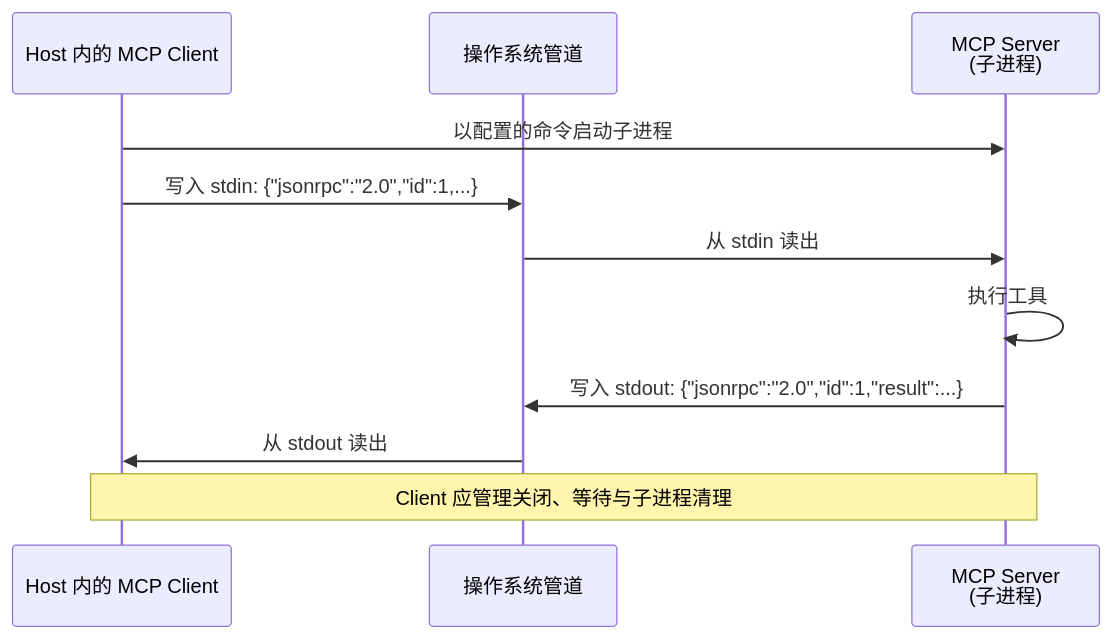
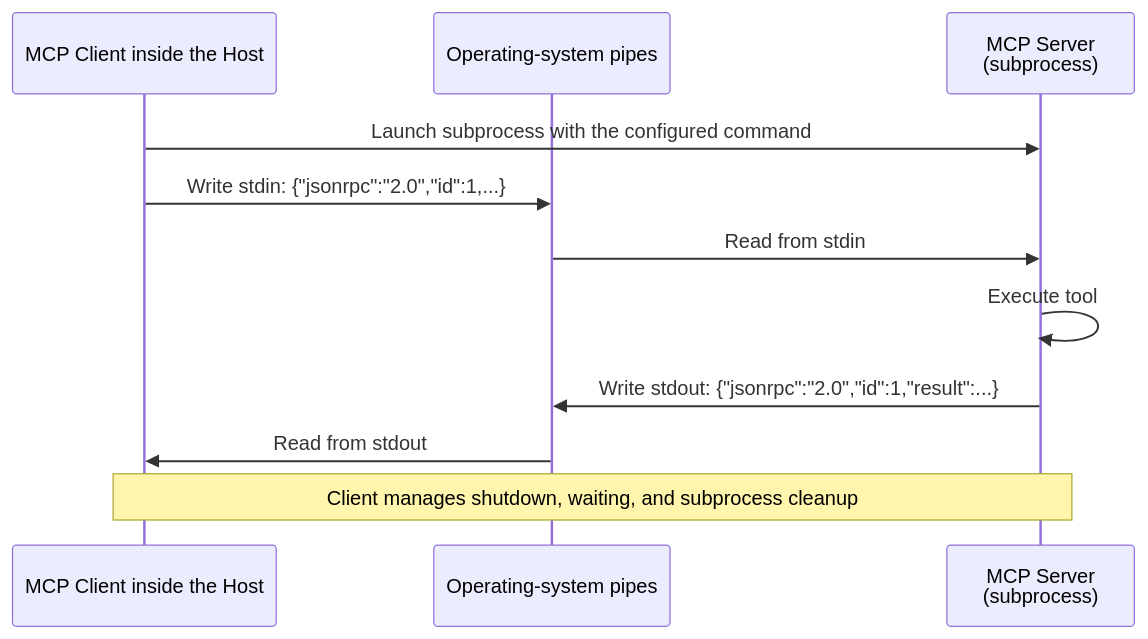
Before and after one commit to oneleaveknowsthefall/awesome-ai-roadmap: the second of 4 diagrams in docs/tools/02-mcp/12-mcp-transport.md, drawn with Mermaid. The commit also changed other lines of this file and 42 other files, not shown here.

````diff
--- a/docs/tools/02-mcp/12-mcp-transport.md
+++ b/docs/tools/02-mcp/12-mcp-transport.md
@@ -87,14 +87,14 @@
 ```mermaid
 sequenceDiagram
-    participant C as Host 内的 MCP Client
-    participant OS as 操作系统管道
-    participant S as MCP Server<br/>(子进程)
+    participant C as MCP Client inside the Host
+    participant OS as Operating-system pipes
+    participant S as MCP Server<br/>(subprocess)
 
-    C->>S: 以配置的命令启动子进程
-    C->>OS: 写入 stdin: {"jsonrpc":"2.0","id":1,...}
-    OS->>S: 从 stdin 读出
-    S->>S: 执行工具
-    S->>OS: 写入 stdout: {"jsonrpc":"2.0","id":1,"result":...}
-    OS->>C: 从 stdout 读出
-    Note over C,S: Client 应管理关闭、等待与子进程清理
+    C->>S: Launch subprocess with the configured command
+    C->>OS: Write stdin: {"jsonrpc":"2.0","id":1,...}
+    OS->>S: Read from stdin
+    S->>S: Execute tool
+    S->>OS: Write stdout: {"jsonrpc":"2.0","id":1,"result":...}
+    OS->>C: Read from stdout
+    Note over C,S: Client manages shutdown, waiting, and subprocess cleanup
 ```
````
